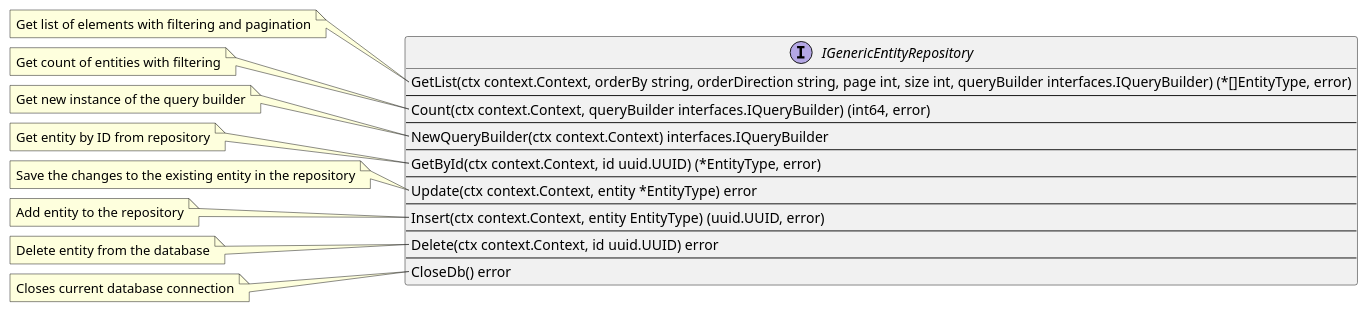
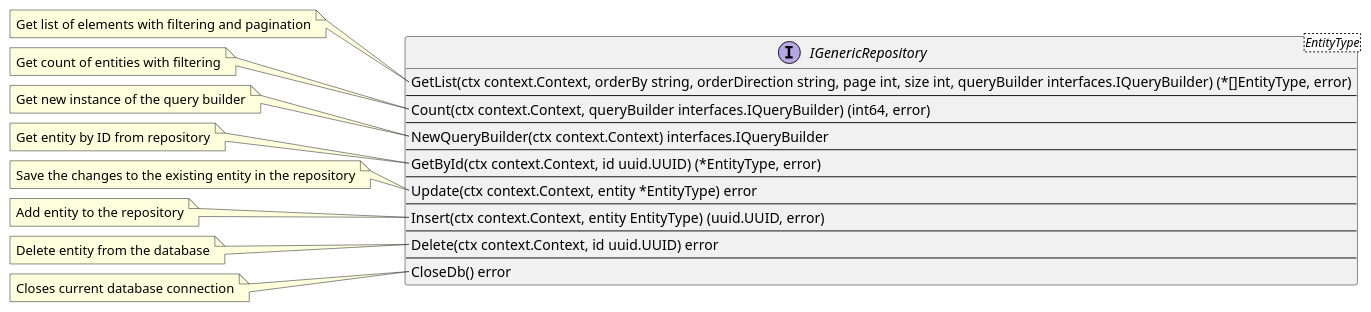
Before and after one commit to lf-edge/rol: the diagram in docs/plantuml/interfaces/generic/IGenericRepository.puml, drawn with PlantUML. The commit also changed 10 other files, not shown here.

Commit message:
docs: puml: sync schemas with Generics updates

```diff
--- a/docs/plantuml/interfaces/generic/IGenericRepository.puml
+++ b/docs/plantuml/interfaces/generic/IGenericRepository.puml
@@ -1,43 +1,43 @@
-@startuml IGenericEntityRepository
-interface IGenericEntityRepository {
+@startuml IGenericRepository
+interface IGenericRepository<EntityType> {
     GetList(ctx context.Context, orderBy string, orderDirection string, page int, size int, queryBuilder interfaces.IQueryBuilder) (*[]EntityType, error)
     --
     Count(ctx context.Context, queryBuilder interfaces.IQueryBuilder) (int64, error)
     --
     NewQueryBuilder(ctx context.Context) interfaces.IQueryBuilder
     --
     GetById(ctx context.Context, id uuid.UUID) (*EntityType, error)
     --
     Update(ctx context.Context, entity *EntityType) error
     --
     Insert(ctx context.Context, entity EntityType) (uuid.UUID, error)
     --
     Delete(ctx context.Context, id uuid.UUID) error
     --
     CloseDb() error
 }
-note left of IGenericEntityRepository::GetList
+note left of IGenericRepository::GetList
   Get list of elements with filtering and pagination
 end note
-note left of IGenericEntityRepository::Count
+note left of IGenericRepository::Count
   Get count of entities with filtering
 end note
-note left of IGenericEntityRepository::NewQueryBuilder
+note left of IGenericRepository::NewQueryBuilder
   Get new instance of the query builder
 end note
-note left of IGenericEntityRepository::GetById
+note left of IGenericRepository::GetById
   Get entity by ID from repository
 end note
-note left of IGenericEntityRepository::Update
+note left of IGenericRepository::Update
   Save the changes to the existing entity in the repository
 end note
-note left of IGenericEntityRepository::Insert
+note left of IGenericRepository::Insert
   Add entity to the repository
 end note
-note left of IGenericEntityRepository::Delete
+note left of IGenericRepository::Delete
   Delete entity from the database
 end note
-note left of IGenericEntityRepository::CloseDb
+note left of IGenericRepository::CloseDb
   Closes current database connection
 end note
 @enduml
```
